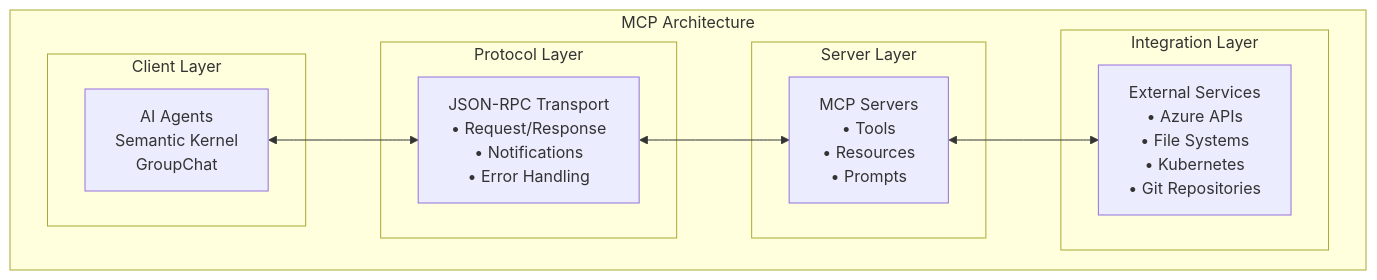
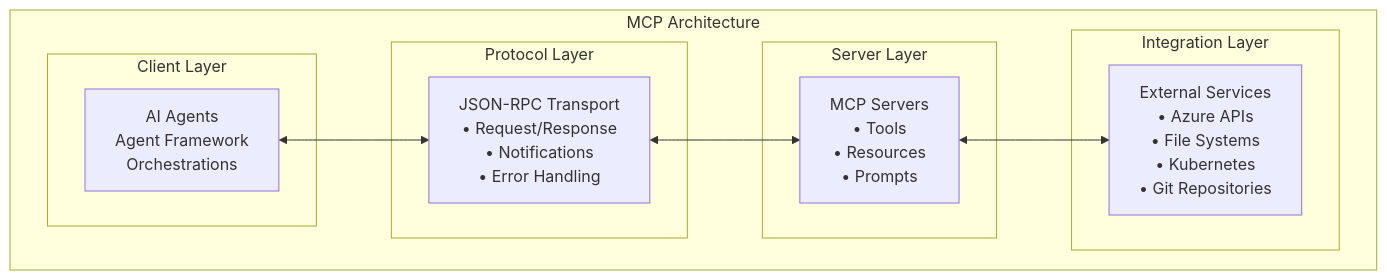
Before and after one commit to microsoft/Container-Migration-Solution-Accelerator: the first of 2 diagrams in docs/MCPServerGuide.md, drawn with Mermaid. The commit also changed other lines of this file and 324 other files, not shown here.

Commit message:
add Agent Framework based code.

````diff
--- a/docs/MCPServerGuide.md
+++ b/docs/MCPServerGuide.md
@@ -13,24 +13,24 @@
 ```mermaid
 graph TB
     subgraph "MCP Architecture"
         subgraph "Client Layer"
-            A[AI Agents<br/>Semantic Kernel<br/>GroupChat]
+            A[AI Agents<br/>Agent Framework<br/>Orchestrations]
         end
 
         subgraph "Protocol Layer"
             B[JSON-RPC Transport<br/>• Request/Response<br/>• Notifications<br/>• Error Handling]
         end
 
         subgraph "Server Layer"
             C[MCP Servers<br/>• Tools<br/>• Resources<br/>• Prompts]
         end
 
         subgraph "Integration Layer"
             D[External Services<br/>• Azure APIs<br/>• File Systems<br/>• Kubernetes<br/>• Git Repositories]
         end
 
         A <--> B
         B <--> C
         C <--> D
     end
 ```
````
